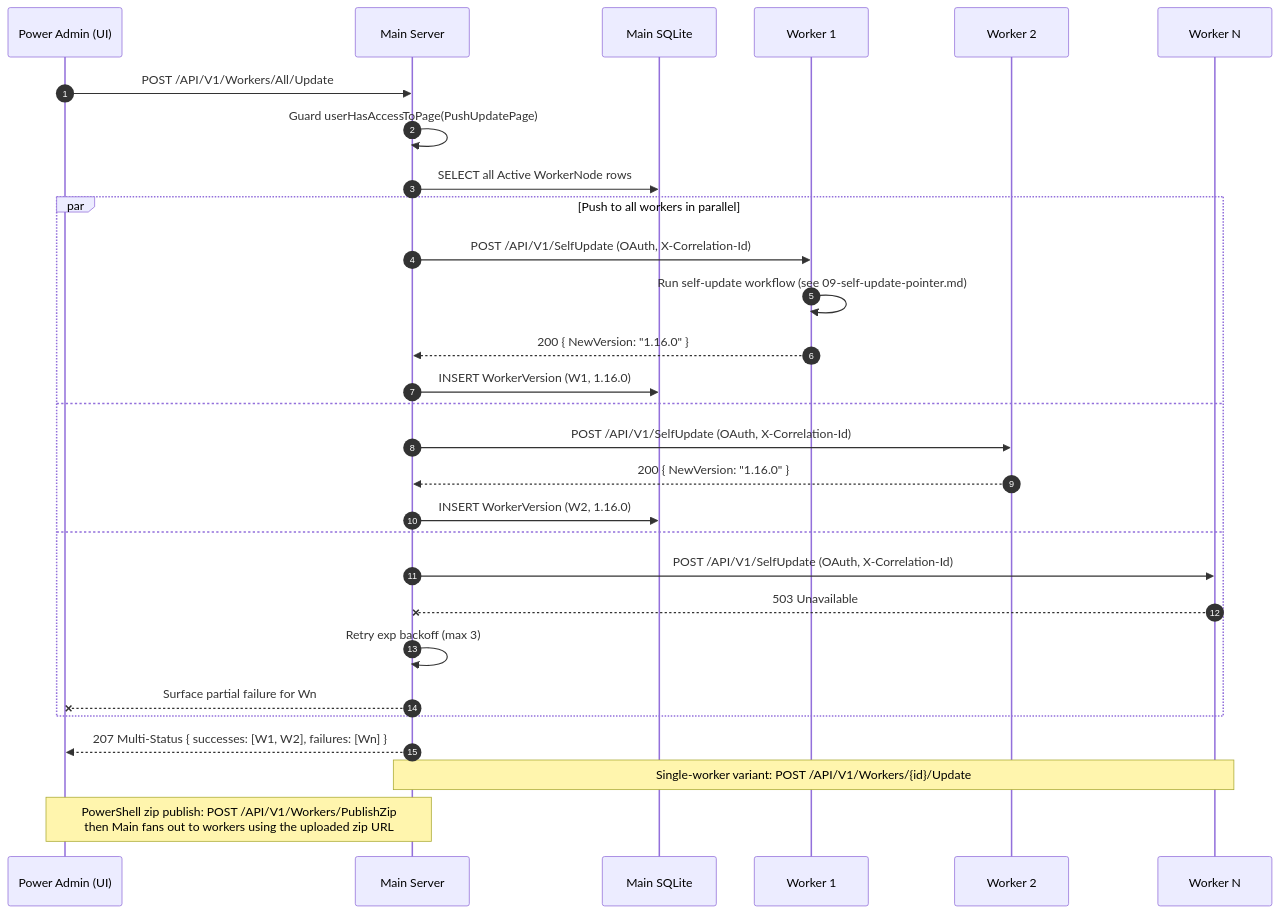
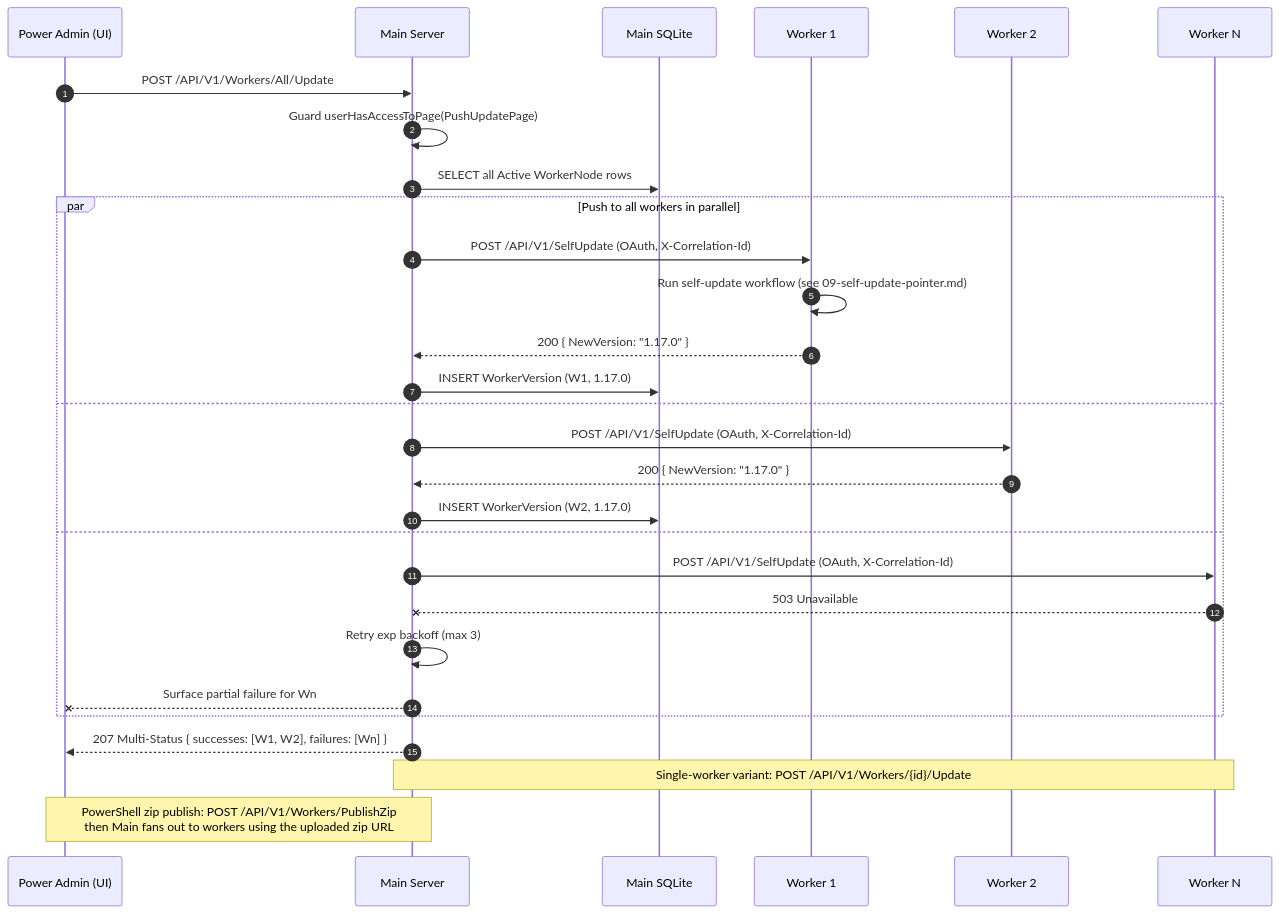
The diagram in spec/19-main-worker-service/diagrams/seq-push-update.mmd (alimtvnetwork/prompt-architect-v2), drawn with Mermaid before and after one commit. The commit also changed 24 other files, not shown here.

```diff
--- a/spec/19-main-worker-service/diagrams/seq-push-update.mmd
+++ b/spec/19-main-worker-service/diagrams/seq-push-update.mmd
@@ -1,43 +1,43 @@
 %% ==========================================================
 %% NON-AUTHORITATIVE PROJECTION
 %% ==========================================================
 %% Subject:        Power-Admin push-update fan-out
 %% Authoritative:  spec/14-update/28-worker-push-instruction.md + spec/19/15-tunable-constants.md
 %% Status:         Illustrative only. If this diagram disagrees
 %%                 with the authoritative spec(s) above, the
 %%                 spec wins and this file is the bug.
 %% Banner version: 1.0.0 (2026-05-04, audit fix #9)
 %% ==========================================================
 sequenceDiagram
     autonumber
     participant Admin as Power Admin (UI)
     participant Main as Main Server
     participant DB as Main SQLite
     participant W1 as Worker 1
     participant W2 as Worker 2
     participant Wn as Worker N
 
     Admin->>Main: POST /API/V1/Workers/All/Update
     Main->>Main: Guard userHasAccessToPage(PushUpdatePage)
     Main->>DB: SELECT all Active WorkerNode rows
 
     par Push to all workers in parallel
         Main->>W1: POST /API/V1/SelfUpdate (OAuth, X-Correlation-Id)
         W1->>W1: Run self-update workflow (see 09-self-update-pointer.md)
-        W1-->>Main: 200 { NewVersion: "1.16.0" }
-        Main->>DB: INSERT WorkerVersion (W1, 1.16.0)
+        W1-->>Main: 200 { NewVersion: "1.17.0" }
+        Main->>DB: INSERT WorkerVersion (W1, 1.17.0)
     and
         Main->>W2: POST /API/V1/SelfUpdate (OAuth, X-Correlation-Id)
-        W2-->>Main: 200 { NewVersion: "1.16.0" }
-        Main->>DB: INSERT WorkerVersion (W2, 1.16.0)
+        W2-->>Main: 200 { NewVersion: "1.17.0" }
+        Main->>DB: INSERT WorkerVersion (W2, 1.17.0)
     and
         Main->>Wn: POST /API/V1/SelfUpdate (OAuth, X-Correlation-Id)
         Wn--xMain: 503 Unavailable
         Main->>Main: Retry exp backoff (max 3)
         Main--xAdmin: Surface partial failure for Wn
     end
 
     Main-->>Admin: 207 Multi-Status { successes: [W1, W2], failures: [Wn] }
 
     Note over Main,Wn: Single-worker variant: POST /API/V1/Workers/{id}/Update
     Note over Admin,Main: PowerShell zip publish: POST /API/V1/Workers/PublishZip<br/>then Main fans out to workers using the uploaded zip URL
```
